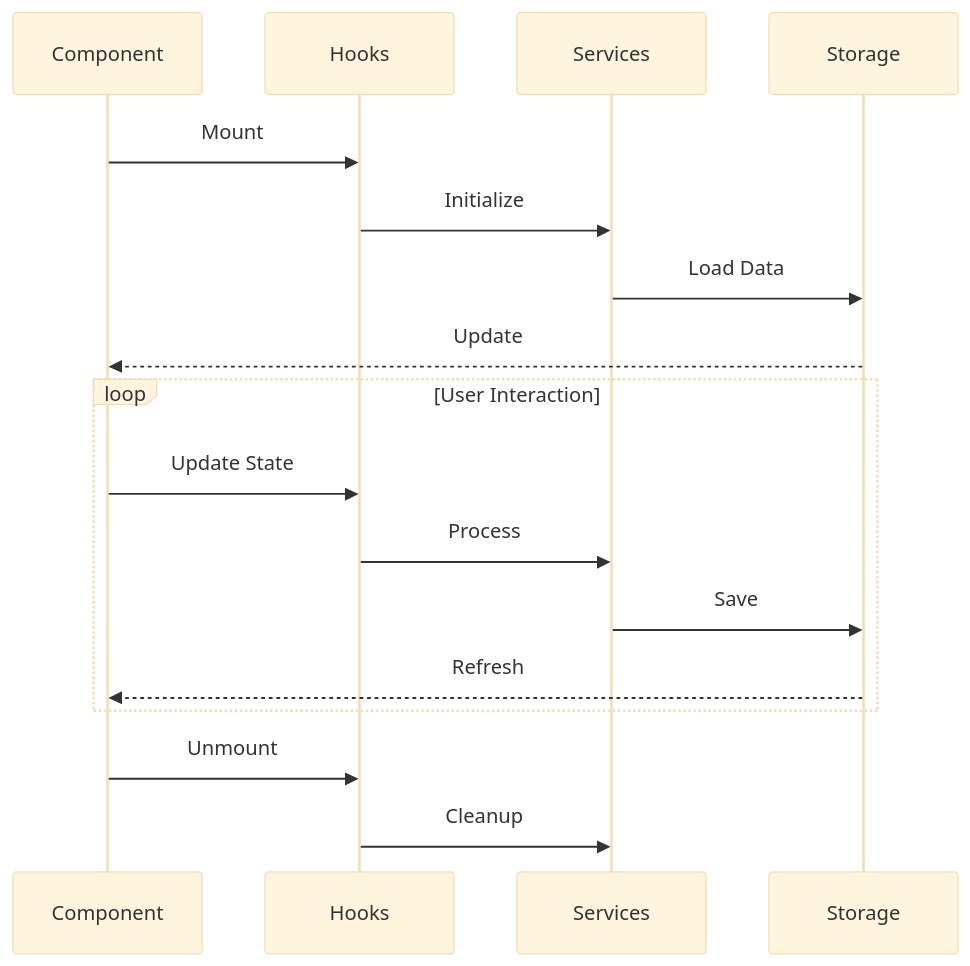
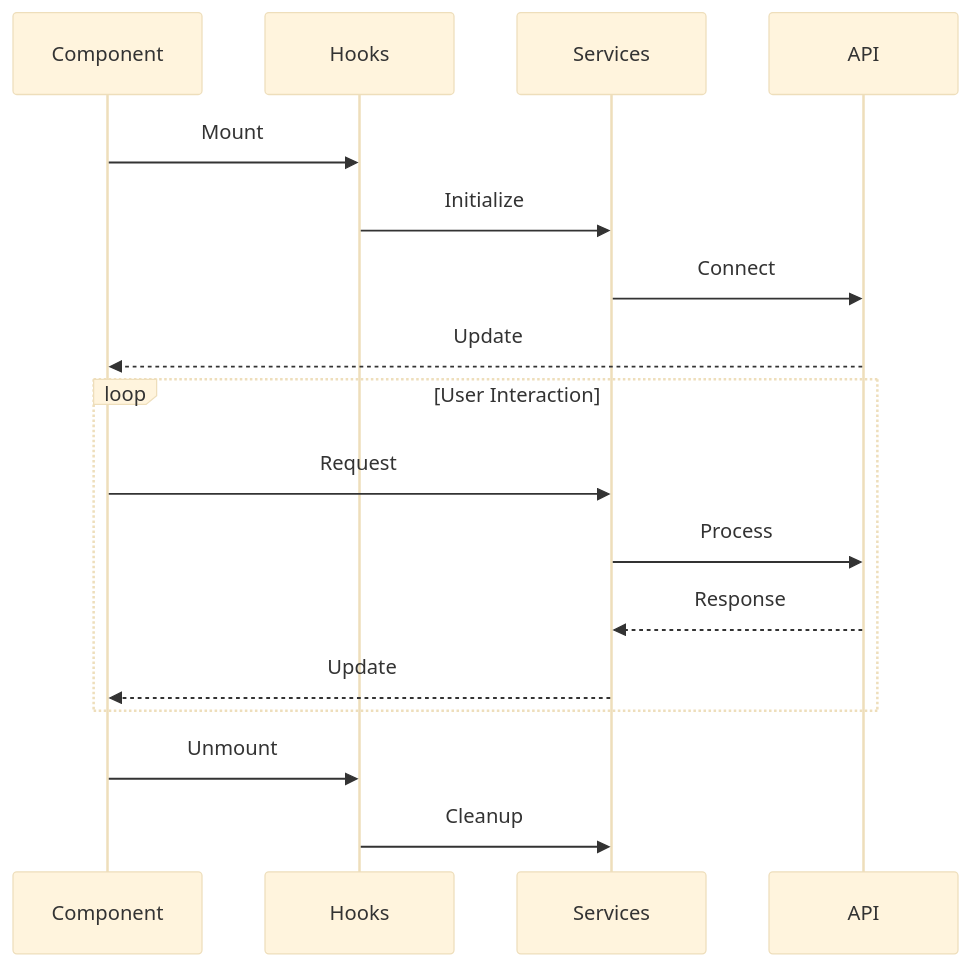
Before and after one commit to SimoKiihamaki/cognicore: the tenth of 11 diagrams in docs/components.md, drawn with Mermaid (base theme). The commit also changed other lines of this file and 129 other files, not shown here.

````diff
--- a/docs/components.md
+++ b/docs/components.md
@@ -167,22 +219,22 @@
 ```mermaid
 sequenceDiagram
     participant Component
     participant Hooks
     participant Services
-    participant Storage
+    participant API
     
     Component->>Hooks: Mount
     Hooks->>Services: Initialize
-    Services->>Storage: Load Data
-    Storage-->>Component: Update
+    Services->>API: Connect
+    API-->>Component: Update
     
     loop User Interaction
-        Component->>Hooks: Update State
-        Hooks->>Services: Process
-        Services->>Storage: Save
-        Storage-->>Component: Refresh
+        Component->>Services: Request
+        Services->>API: Process
+        API-->>Services: Response
+        Services-->>Component: Update
     end
     
     Component->>Hooks: Unmount
     Hooks->>Services: Cleanup
 ```
````
